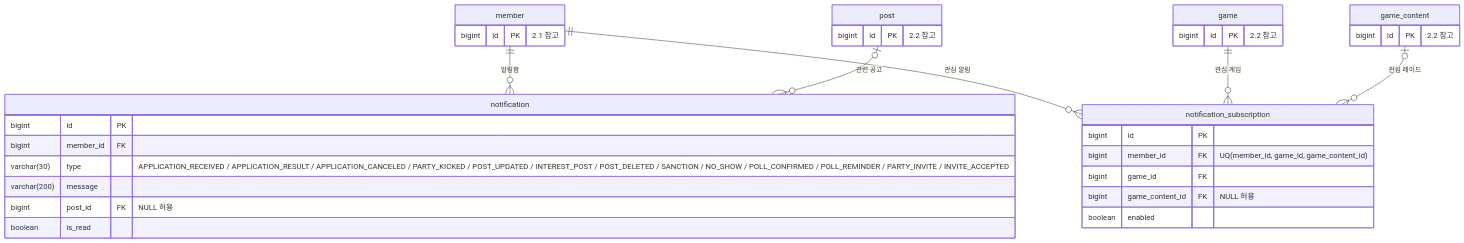
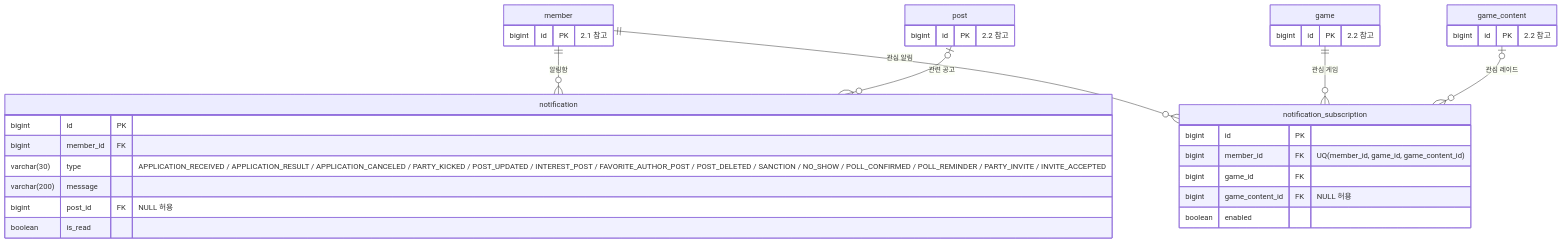
The sixth of 7 diagrams in docs/04-erd.md (likelion-backendschool-11st/basic-project-2team), drawn with Mermaid before and after one commit. The commit also changed 7 other files, not shown here.

````diff
--- a/docs/04-erd.md
+++ b/docs/04-erd.md
@@ -428,41 +428,41 @@
 ```mermaid
 erDiagram
     member ||--o{ notification : "알림함"
     post |o--o{ notification : "관련 공고"
     member ||--o{ notification_subscription : "관심 알림"
     game ||--o{ notification_subscription : "관심 게임"
     game_content |o--o{ notification_subscription : "관심 레이드"
 
     notification {
         bigint id PK
         bigint member_id FK
-        varchar(30) type "APPLICATION_RECEIVED / APPLICATION_RESULT / APPLICATION_CANCELED / PARTY_KICKED / POST_UPDATED / INTEREST_POST / POST_DELETED / SANCTION / NO_SHOW / POLL_CONFIRMED / POLL_REMINDER / PARTY_INVITE / INVITE_ACCEPTED"
+        varchar(30) type "APPLICATION_RECEIVED / APPLICATION_RESULT / APPLICATION_CANCELED / PARTY_KICKED / POST_UPDATED / INTEREST_POST / FAVORITE_AUTHOR_POST / POST_DELETED / SANCTION / NO_SHOW / POLL_CONFIRMED / POLL_REMINDER / PARTY_INVITE / INVITE_ACCEPTED"
         varchar(200) message
         bigint post_id FK "NULL 허용"
         boolean is_read
     }
 
     notification_subscription {
         bigint id PK
         bigint member_id FK "UQ(member_id, game_id, game_content_id)"
         bigint game_id FK
         bigint game_content_id FK "NULL 허용"
         boolean enabled
     }
 
     member {
         bigint id PK "2.1 참고"
     }
 
     post {
         bigint id PK "2.2 참고"
     }
 
     game {
         bigint id PK "2.2 참고"
     }
 
     game_content {
         bigint id PK "2.2 참고"
     }
 ```
````
